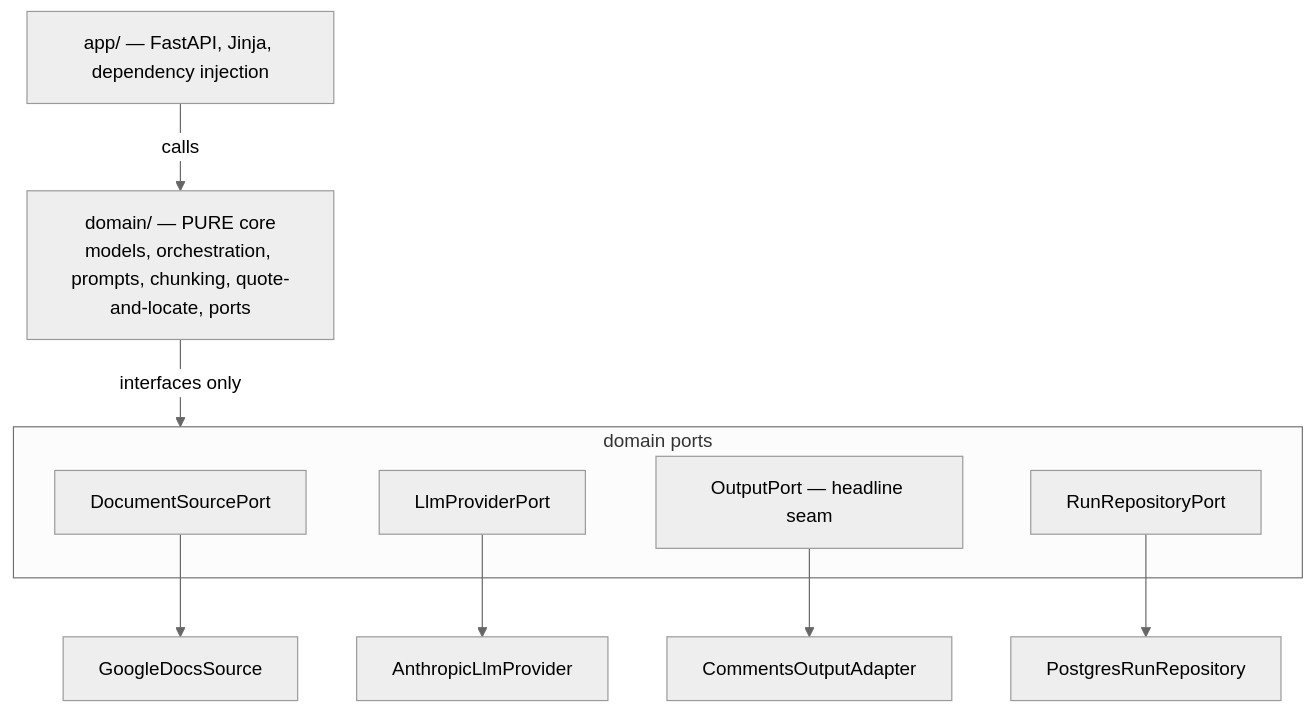
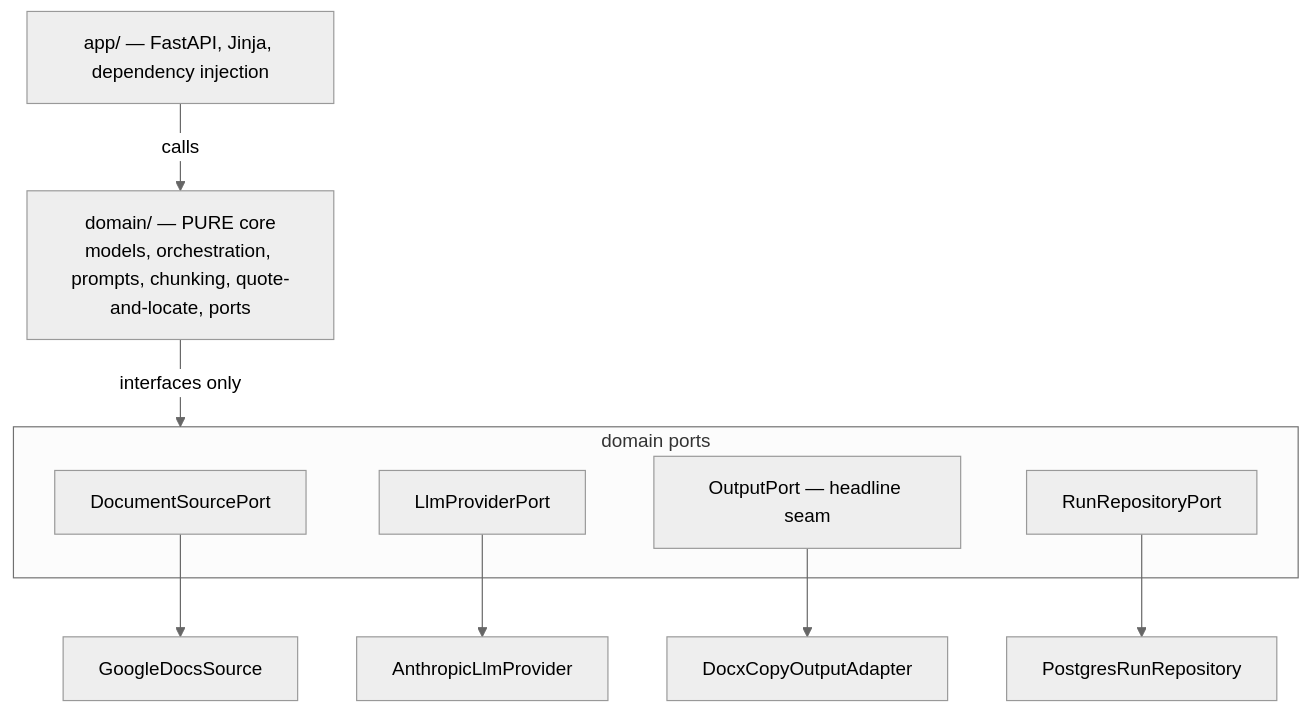
The second of 2 diagrams in README.md (MyBookhub/PageDoctor), drawn with Mermaid (neutral theme) before and after one commit. The commit also changed other lines of this file and 28 other files, not shown here.

````diff
--- a/README.md
+++ b/README.md
@@ -31,19 +32,19 @@
 ```mermaid
 flowchart TD
     app["app/ — FastAPI, Jinja, dependency injection"]
     domain["domain/ — PURE core<br/>models, orchestration, prompts, chunking, quote-and-locate, ports"]
     app -->|calls| domain
     domain -->|interfaces only| ports
 
     subgraph ports["domain ports"]
         dsp[DocumentSourcePort]
         llp[LlmProviderPort]
         op["OutputPort — headline seam"]
         rrp[RunRepositoryPort]
     end
 
     dsp --> gds[GoogleDocsSource]
     llp --> alp[AnthropicLlmProvider]
-    op --> co[CommentsOutputAdapter]
+    op --> co[DocxCopyOutputAdapter]
     rrp --> prr[PostgresRunRepository]
 ```
````
